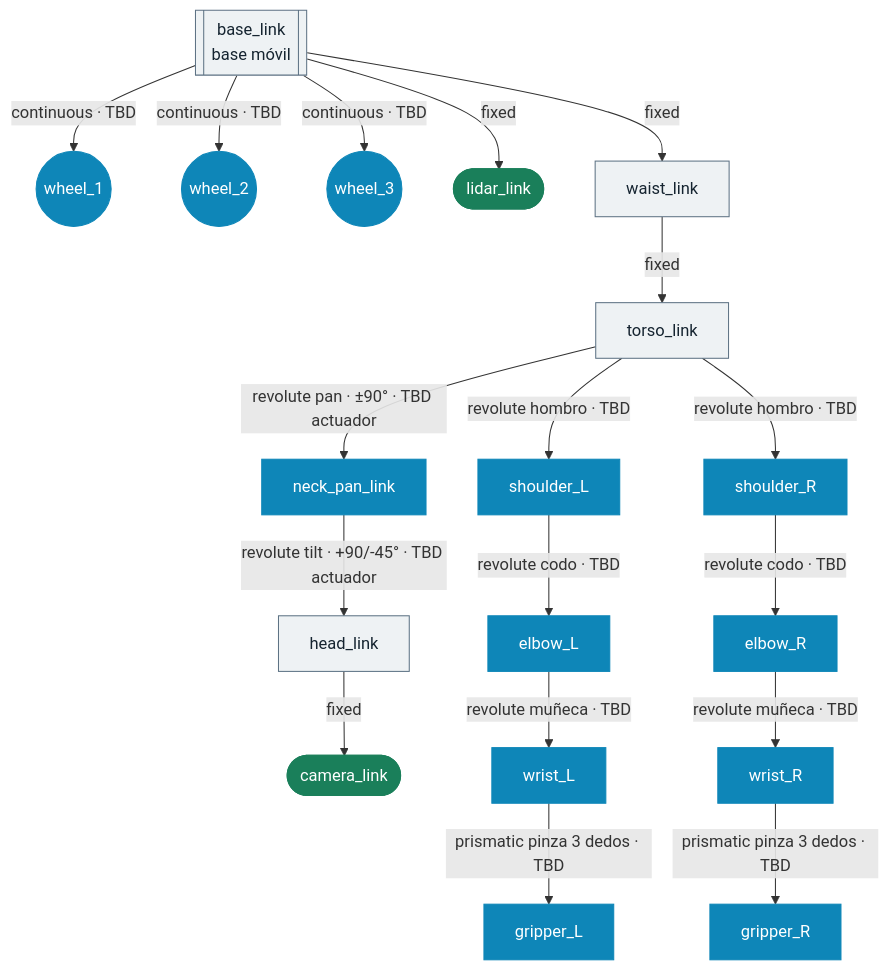
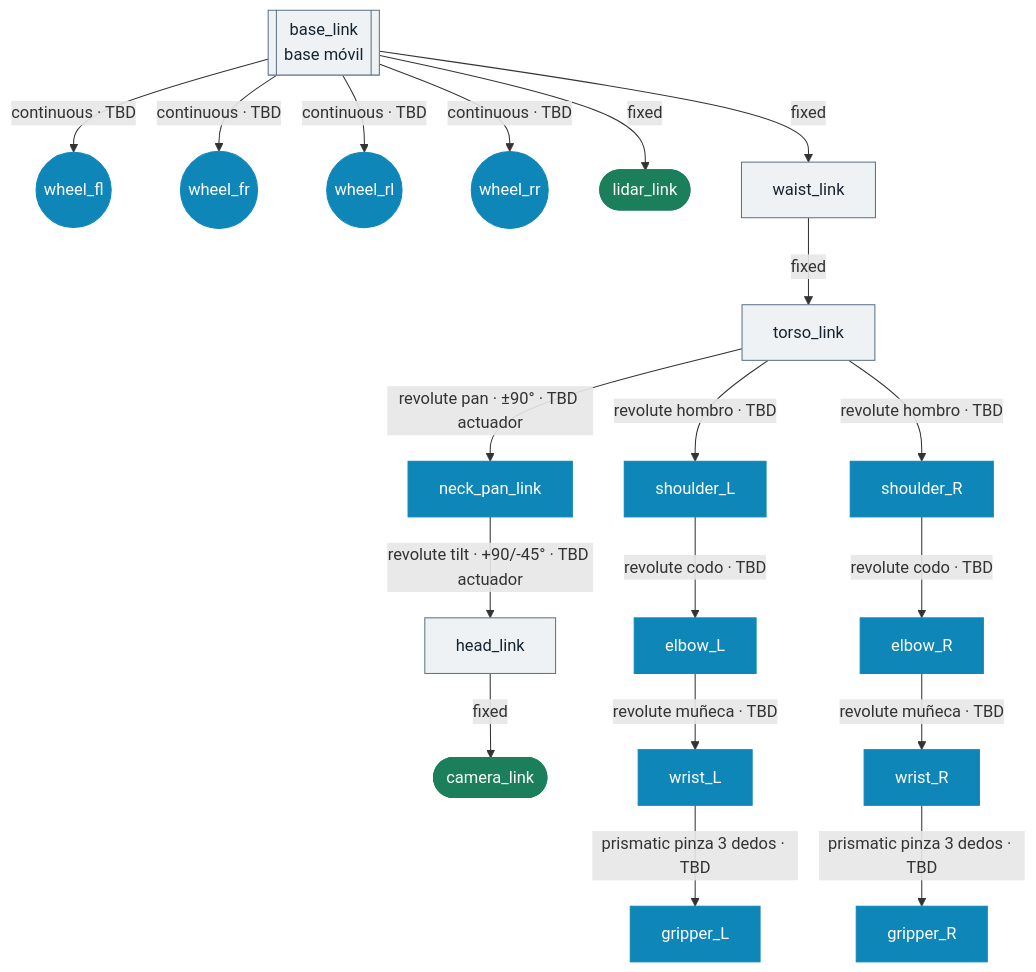
Before and after one commit to mabm-dev/robot-toreto: the diagram in docs/CINEMATICA.md, drawn with Mermaid. The commit also changed other lines of this file and 2 other files, not shown here.

First line of the commit message:
Base: 4 ruedas mecanum en vez de 3 omni

````diff
--- a/docs/CINEMATICA.md
+++ b/docs/CINEMATICA.md
@@ -21,47 +21,49 @@
 ```mermaid
 graph TD
     classDef estructura fill:#eef2f4,stroke:#5d7284,color:#152430
     classDef actuador fill:#0e86b8,stroke:#0e86b8,color:#ffffff
     classDef sensor fill:#1a7f5a,stroke:#1a7f5a,color:#ffffff
 
     base[["base_link<br/>base móvil"]]:::estructura
-    w1((wheel_1)):::actuador
-    w2((wheel_2)):::actuador
-    w3((wheel_3)):::actuador
+    w1((wheel_fl)):::actuador
+    w2((wheel_fr)):::actuador
+    w3((wheel_rl)):::actuador
+    w4((wheel_rr)):::actuador
     lidar([lidar_link]):::sensor
 
     base -->|"continuous · TBD"| w1
     base -->|"continuous · TBD"| w2
     base -->|"continuous · TBD"| w3
+    base -->|"continuous · TBD"| w4
     base -->|fixed| lidar
 
     waist[waist_link]:::estructura
     torso[torso_link]:::estructura
     base -->|fixed| waist
     waist -->|fixed| torso
 
     neck_pan[neck_pan_link]:::actuador
     head[head_link]:::estructura
     camera([camera_link]):::sensor
     torso -->|"revolute pan · ±90° · TBD actuador"| neck_pan
     neck_pan -->|"revolute tilt · +90/-45° · TBD actuador"| head
     head -->|fixed| camera
 
     sh_l[shoulder_L]:::actuador
     el_l[elbow_L]:::actuador
     wr_l[wrist_L]:::actuador
     gr_l[gripper_L]:::actuador
     torso -->|"revolute hombro · TBD"| sh_l
     sh_l -->|"revolute codo · TBD"| el_l
     el_l -->|"revolute muñeca · TBD"| wr_l
     wr_l -->|"prismatic pinza 3 dedos · TBD"| gr_l
 
     sh_r[shoulder_R]:::actuador
     el_r[elbow_R]:::actuador
     wr_r[wrist_R]:::actuador
     gr_r[gripper_R]:::actuador
     torso -->|"revolute hombro · TBD"| sh_r
     sh_r -->|"revolute codo · TBD"| el_r
     el_r -->|"revolute muñeca · TBD"| wr_r
     wr_r -->|"prismatic pinza 3 dedos · TBD"| gr_r
 ```
````
